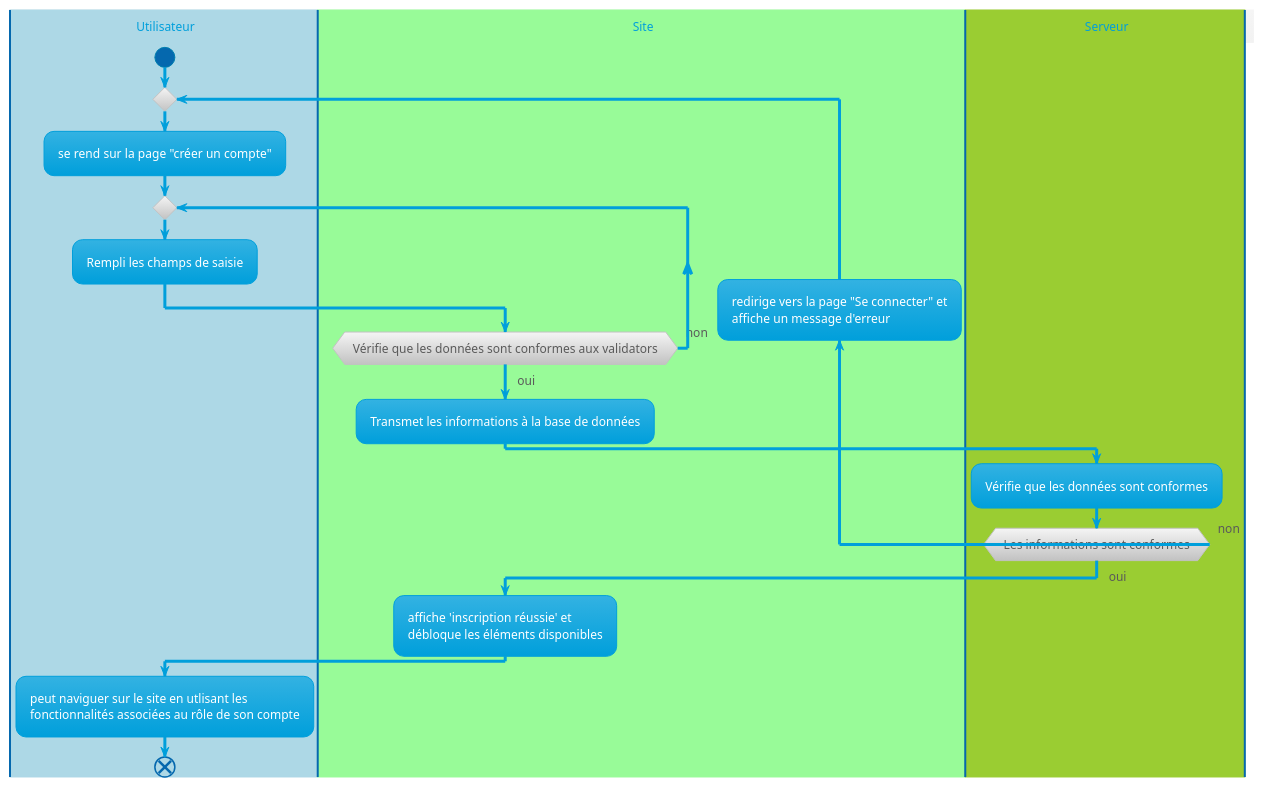
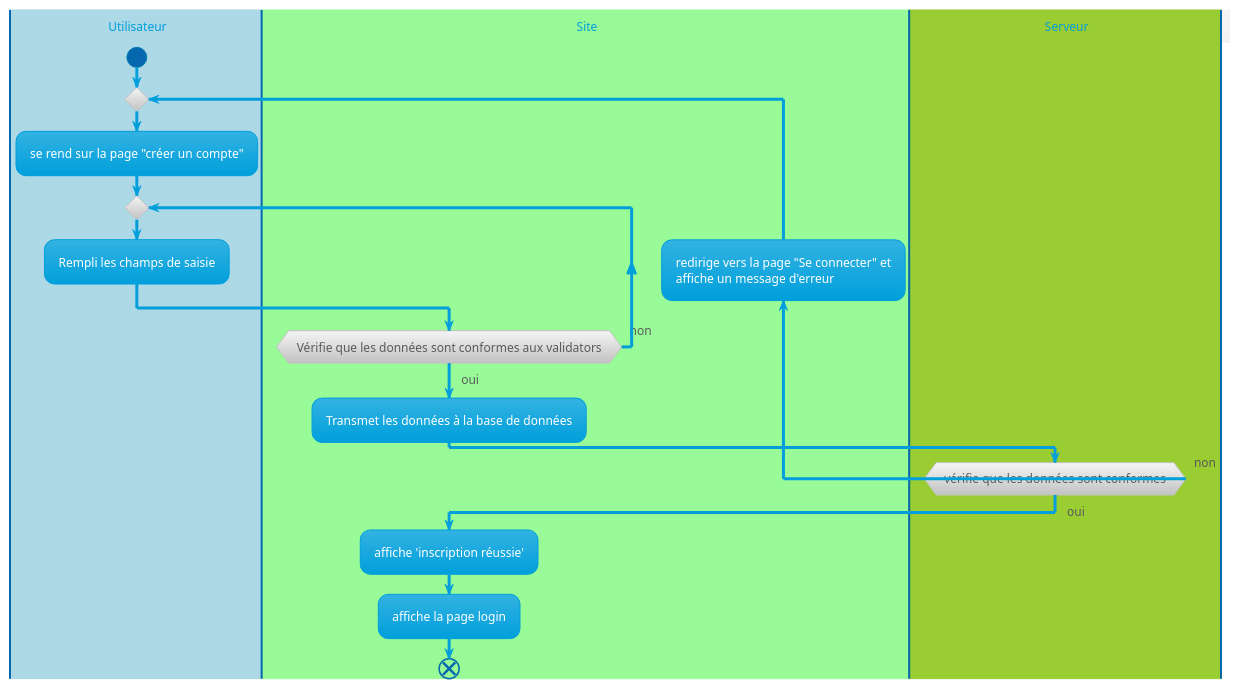
Before and after one commit to remip03/eduZouZou: the second of 9 diagrams in diag_activité_parent.wsd, drawn with PlantUML. The commit also changed other lines of this file, not shown here.

```diff
--- a/diag_activité_parent.wsd
+++ b/diag_activité_parent.wsd
@@ -37,35 +37,29 @@
 @startuml "EduZouZou - parent - inscription"
 !theme bluegray
 
 |#LightBlue|u| Utilisateur
 start
 |#Palegreen|s| Site
 |#YellowGreen|ser| Serveur
 
 |u|
 repeat;
 :se rend sur la page "créer un compte";
 repeat;
 :Rempli les champs de saisie;
 |s|
 repeat while(Vérifie que les données sont conformes aux validators) is(non) not(oui)
-:Transmet les informations à la base de données;
-|ser|
-:Vérifie que les données sont conformes;
+:Transmet les données à la base de données;
 |s|
 backward:redirige vers la page "Se connecter" et 
 affiche un message d'erreur;
 |ser|
-repeatwhile(Les informations sont conformes) is(non) not(oui)
+repeatwhile(vérifie que les données sont conformes) is(non) not(oui)
 |s|
-:affiche 'inscription réussie' et
-débloque les éléments disponibles;
+:affiche 'inscription réussie';
+:affiche la page login;
 
-
-|u|
-:peut naviguer sur le site en utlisant les
-fonctionnalités associées au rôle de son compte;
 
 end
 
 @enduml
```
